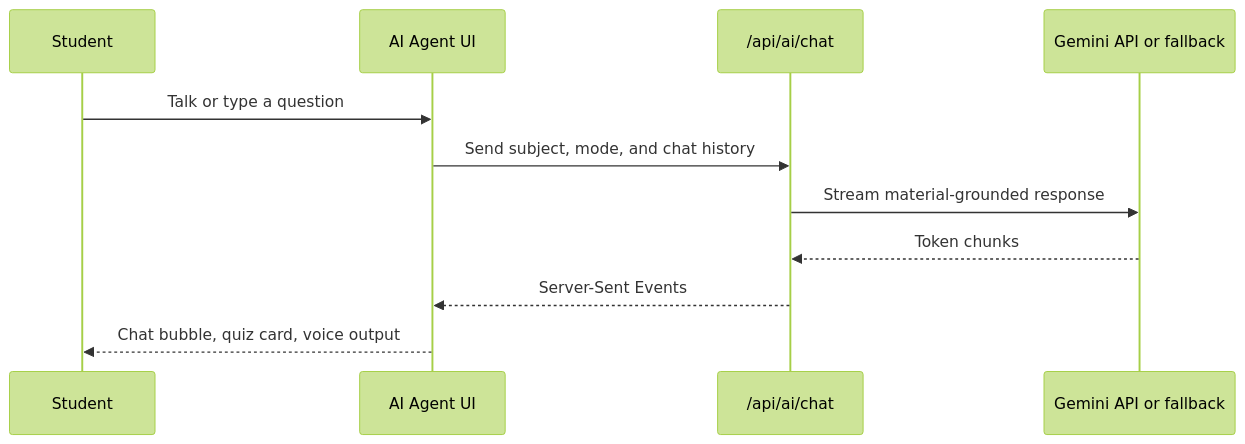
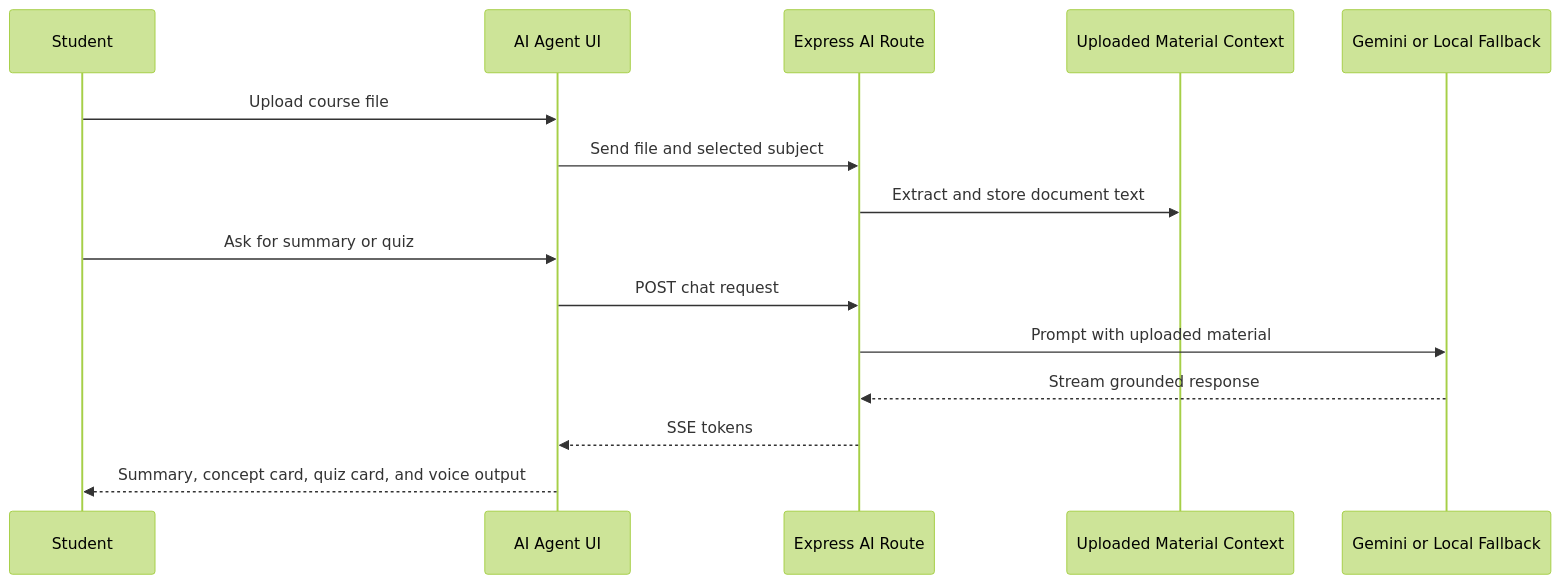
Before and after one commit to Adityabaskati-weeb/Linger: the third of 3 diagrams in README.md, drawn with Mermaid (forest theme). The commit also changed other lines of this file and 42 other files, not shown here.

````diff
--- a/README.md
+++ b/README.md
@@ -72,14 +98,18 @@
 ```mermaid
 sequenceDiagram
   participant Student
   participant UI as AI Agent UI
-  participant API as /api/ai/chat
-  participant Gemini as Gemini API or fallback
+  participant API as Express AI Route
+  participant Context as Uploaded Material Context
+  participant Model as Gemini or Local Fallback
 
-  Student->>UI: Talk or type a question
-  UI->>API: Send subject, mode, and chat history
-  API->>Gemini: Stream material-grounded response
-  Gemini-->>API: Token chunks
-  API-->>UI: Server-Sent Events
-  UI-->>Student: Chat bubble, quiz card, voice output
+  Student->>UI: Upload course file
+  UI->>API: Send file and selected subject
+  API->>Context: Extract and store document text
+  Student->>UI: Ask for summary or quiz
+  UI->>API: POST chat request
+  API->>Model: Prompt with uploaded material
+  Model-->>API: Stream grounded response
+  API-->>UI: SSE tokens
+  UI-->>Student: Summary, concept card, quiz card, and voice output
 ```
````
